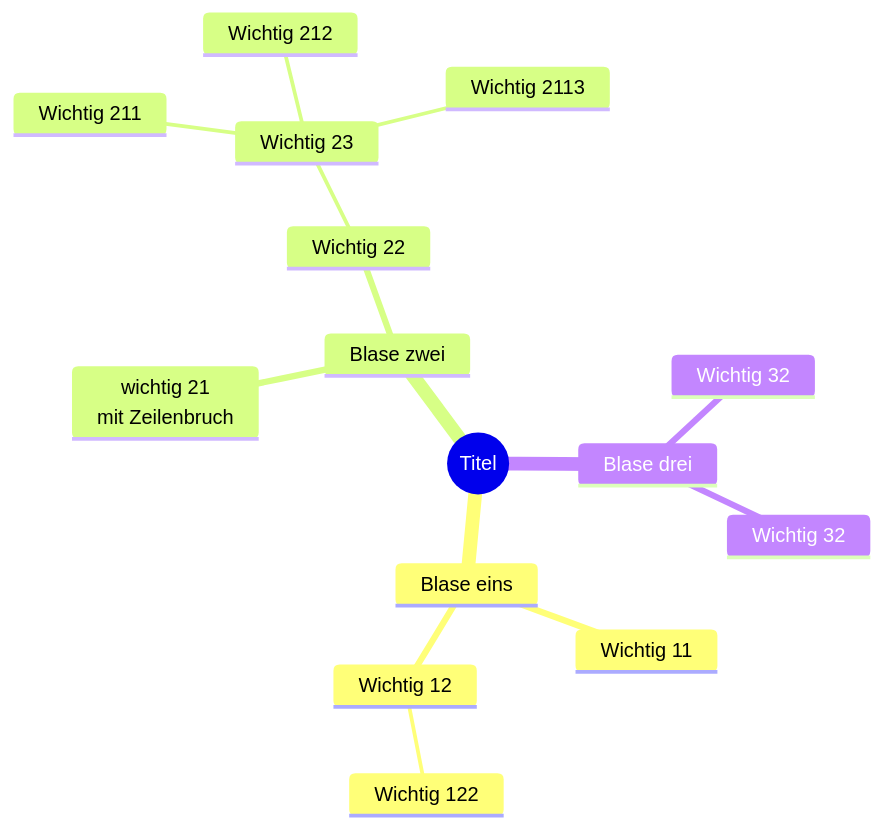
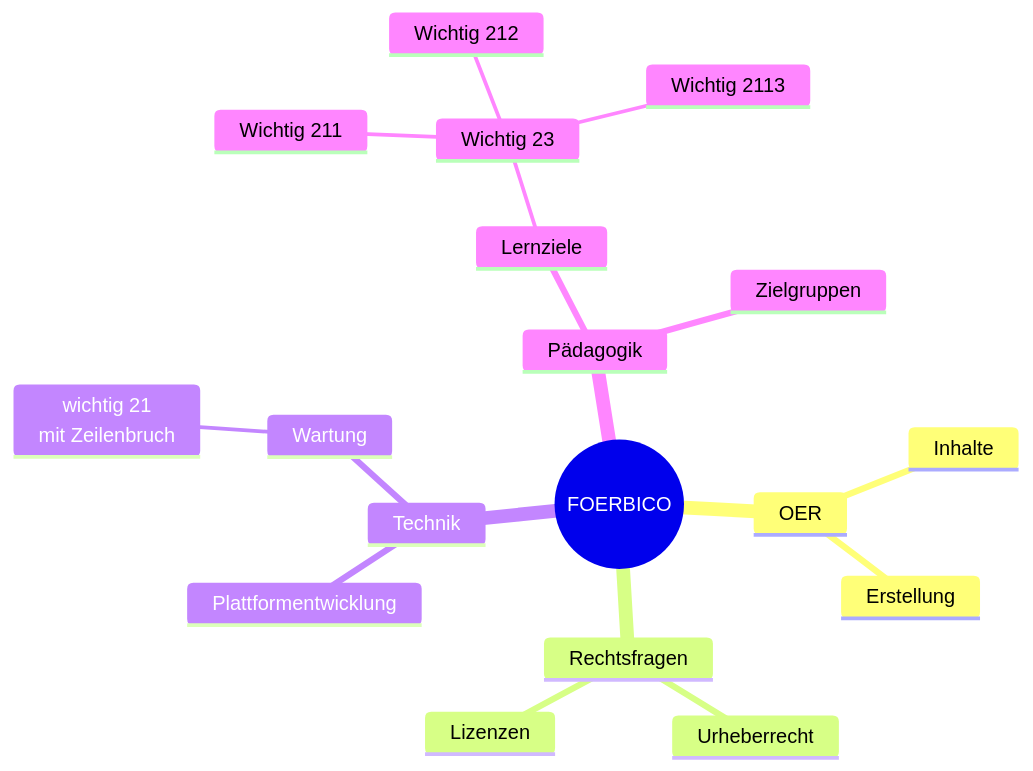
Before and after one commit to rpi-virtuell/FOERBICO_und_rpi-virtuell: the third of 4 diagrams in Markdownvorlage.md, drawn with Mermaid. The commit also changed other lines of this file, not shown here.

````diff
--- a/Markdownvorlage.md
+++ b/Markdownvorlage.md
@@ -56,18 +89,21 @@
 ```mermaid
 mindmap
-  root((Titel))
-    Blase eins
-      Wichtig 11
-      Wichtig 12
-        Wichtig 122
-    Blase zwei
-      wichtig 21 <br/>mit Zeilenbruch
-      Wichtig 22
+  root((FOERBICO))
+    OER
+      Inhalte
+      Erstellung
+    Rechtsfragen
+      Urheberrecht
+      Lizenzen
+    Technik
+      Plattformentwicklung
+      Wartung
+        wichtig 21 <br/>mit Zeilenbruch
+    Pädagogik
+      Lernziele
         Wichtig 23
             Wichtig 211
             Wichtig 212
             Wichtig 2113
-    Blase drei
-      Wichtig 32
-      Wichtig 32
+      Zielgruppen
 ```
````
